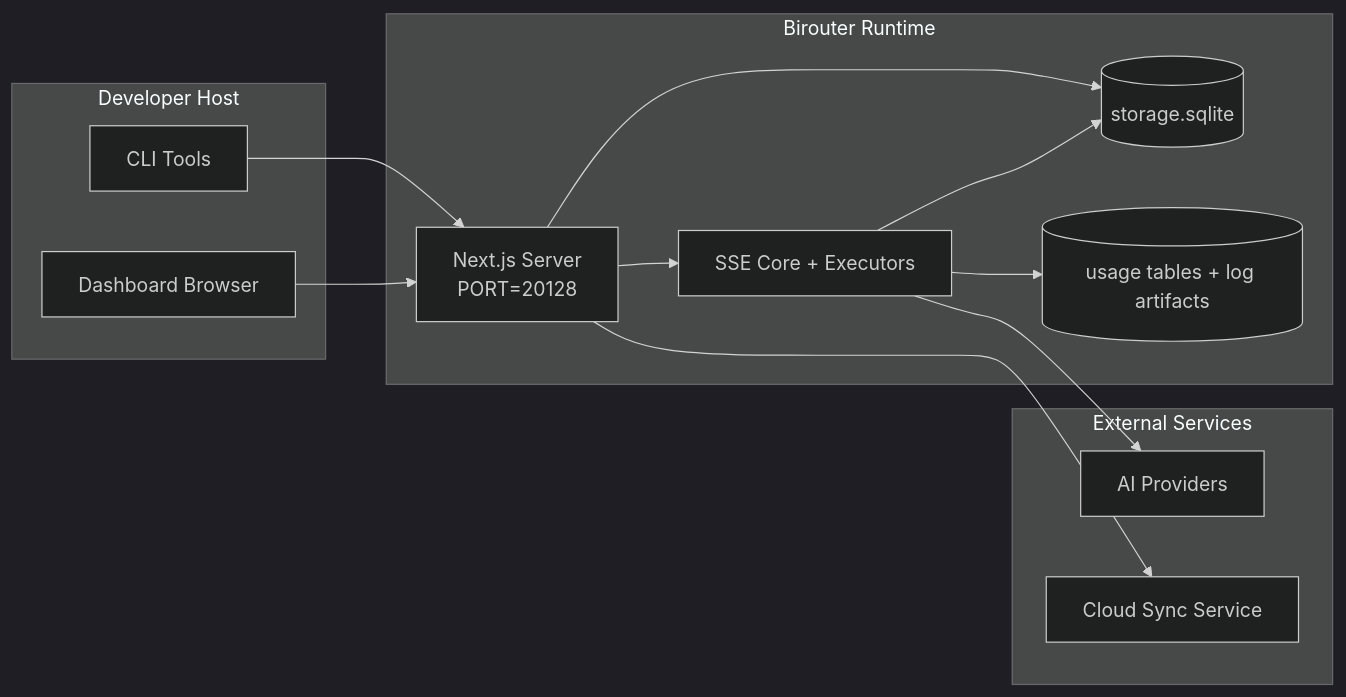
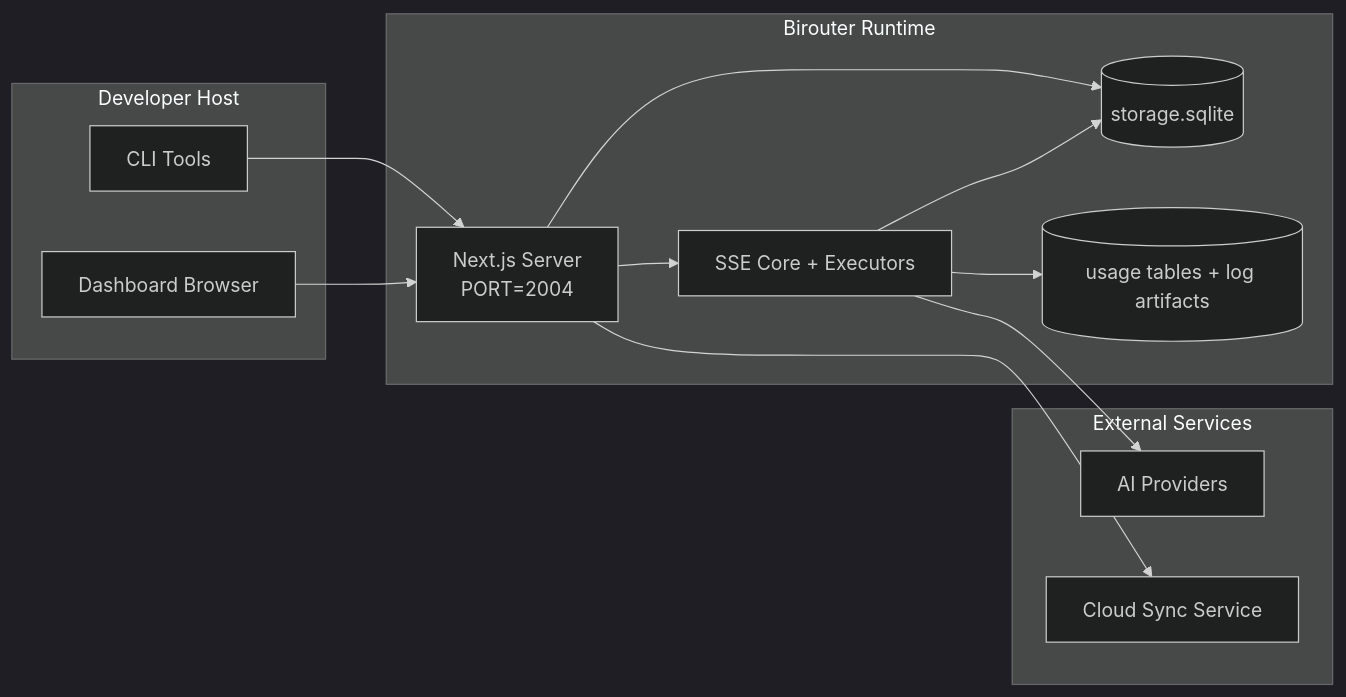
One commit to IQ-Kat/birouter changed the seventh of 7 diagrams in docs/architecture/ARCHITECTURE.md. Above: the diagram before and after it, drawn with Mermaid (dark theme). The commit also changed other lines of this file and 1268 other files, not shown here.

````diff
--- a/docs/architecture/ARCHITECTURE.md
+++ b/docs/architecture/ARCHITECTURE.md
@@ -810,28 +810,28 @@
 ```mermaid
 flowchart LR
     subgraph LocalHost[Developer Host]
         CLI[CLI Tools]
         Browser[Dashboard Browser]
     end
 
     subgraph ContainerOrProcess[Birouter Runtime]
-        Next[Next.js Server\nPORT=20128]
+        Next[Next.js Server\nPORT=2004]
         Core[SSE Core + Executors]
         MainDB[(storage.sqlite)]
         UsageDB[(usage tables + log artifacts)]
     end
 
     subgraph External[External Services]
         Providers[AI Providers]
         SyncCloud[Cloud Sync Service]
     end
 
     CLI --> Next
     Browser --> Next
     Next --> Core
     Next --> MainDB
     Core --> MainDB
     Core --> UsageDB
     Core --> Providers
     Next --> SyncCloud
 ```
````
